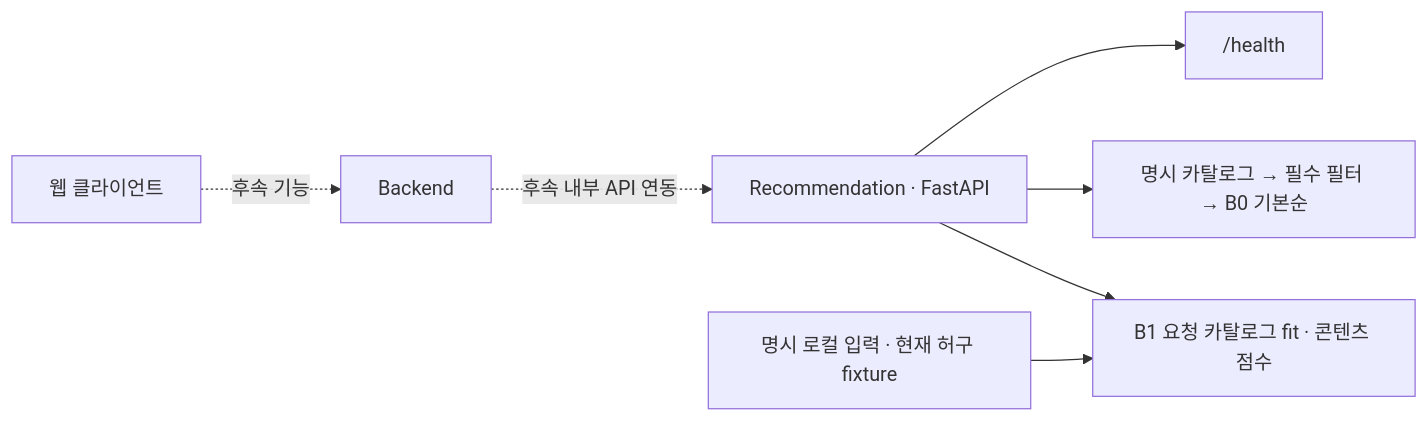
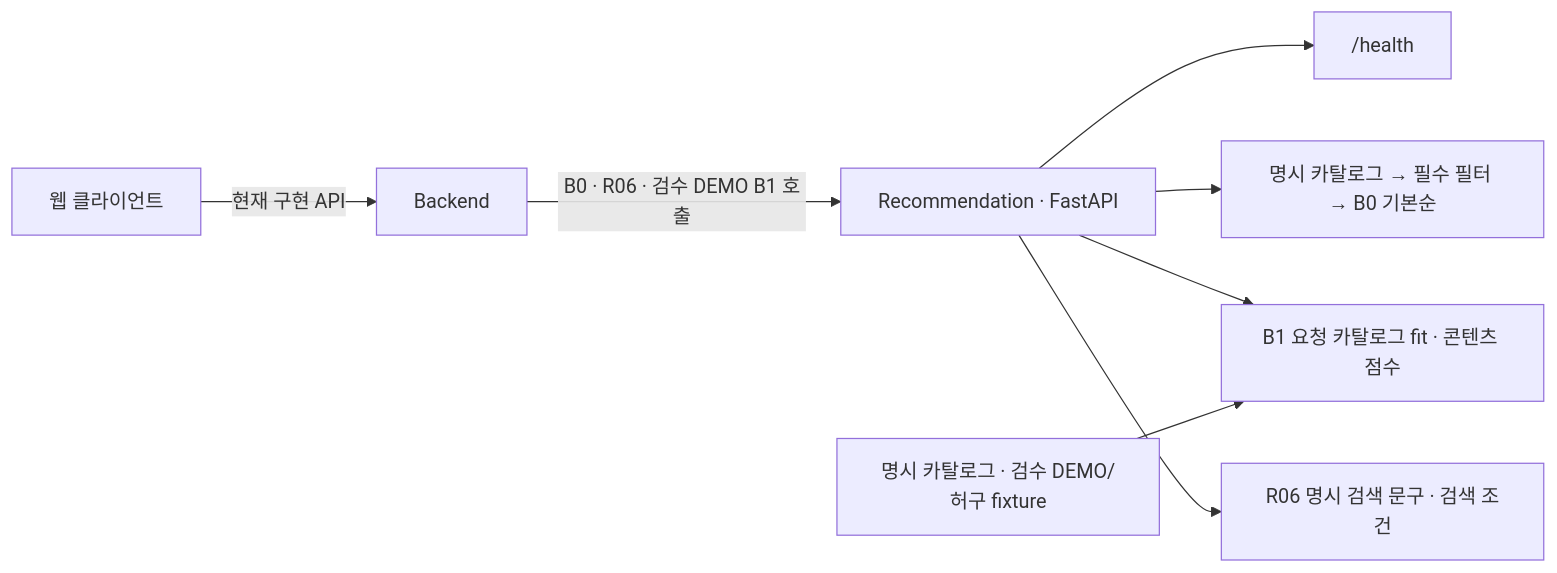
The diagram in README.md (Pubburi/Recommendation), drawn with Mermaid before and after one commit. The commit also changed other lines of this file, not shown here.

```diff
--- a/README.md
+++ b/README.md
@@ -73,9 +75,10 @@
 ~~~mermaid
 flowchart LR
-    Web["웹 클라이언트"] -. "후속 기능" .-> Backend["Backend"]
-    Backend -. "후속 내부 API 연동" .-> API["Recommendation · FastAPI"]
+    Web["웹 클라이언트"] -->|현재 구현 API| Backend["Backend"]
+    Backend -->|B0 · R06 · 검수 DEMO B1 호출| API["Recommendation · FastAPI"]
     API --> Health["/health"]
     API --> Baseline["명시 카탈로그 → 필수 필터 → B0 기본순"]
     API --> Model["B1 요청 카탈로그 fit · 콘텐츠 점수"]
-    Fixture["명시 로컬 입력 · 현재 허구 fixture"] --> Model
+    API --> Search["R06 명시 검색 문구 · 검색 조건"]
+    Fixture["명시 카탈로그 · 검수 DEMO/허구 fixture"] --> Model
 ~~~
```
